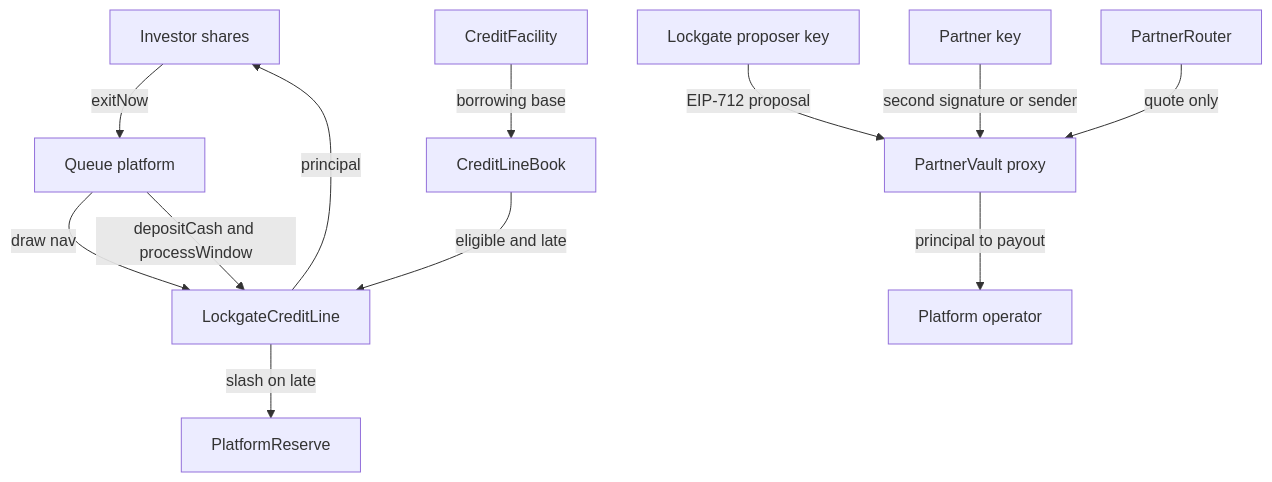
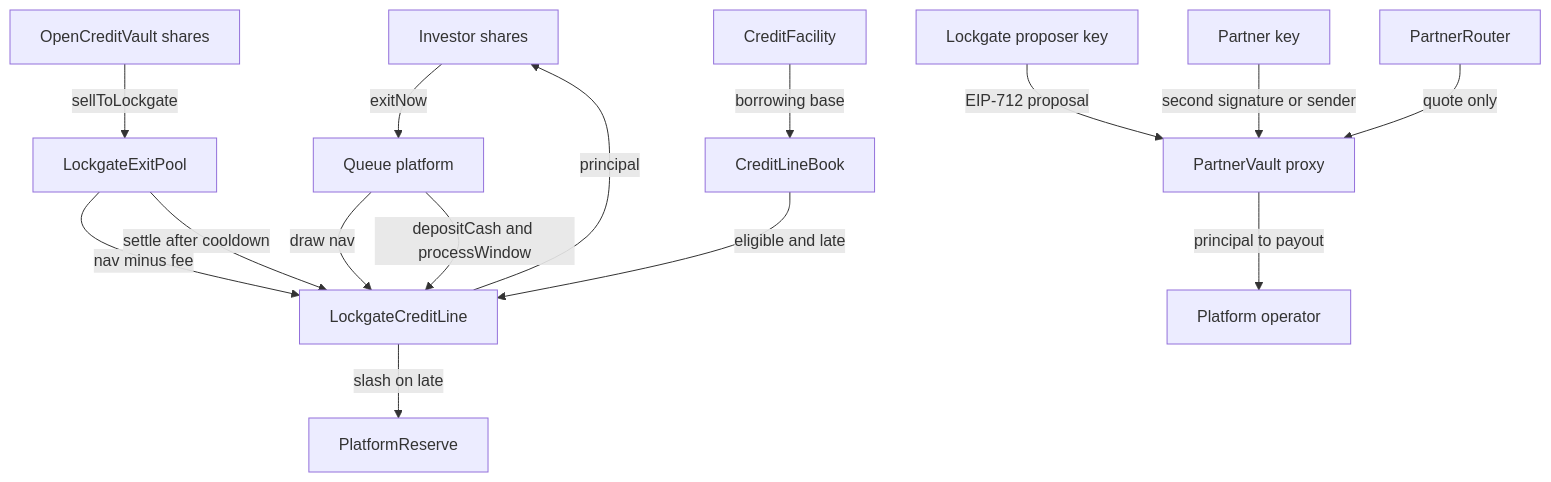
Before and after one commit to gabrielantonyxaviour/lockgate-open-house: the diagram in docs/ARCHITECTURE.md, drawn with Mermaid. The commit also changed other lines of this file and 14 other files, not shown here.

````diff
--- a/docs/ARCHITECTURE.md
+++ b/docs/ARCHITECTURE.md
@@ -9,14 +9,17 @@
 ```mermaid
 flowchart TD
   investor[Investor shares] -->|exitNow| platform[Queue platform]
   platform -->|draw nav| line[LockgateCreditLine]
   line -->|principal| investor
   platform -->|depositCash and processWindow| line
   line -->|slash on late| reserve[PlatformReserve]
+  open[OpenCreditVault shares] -->|sellToLockgate| pool[LockgateExitPool]
+  pool -->|nav minus fee| line
+  pool -->|settle after cooldown| line
   engine[Lockgate proposer key] -->|EIP-712 proposal| vault[PartnerVault proxy]
   partner[Partner key] -->|second signature or sender| vault
   router[PartnerRouter] -->|quote only| vault
   vault -->|principal to payout| platformEoa[Platform operator]
   facility[CreditFacility] -->|borrowing base| book[CreditLineBook]
   book -->|eligible and late| line
 ```
````
